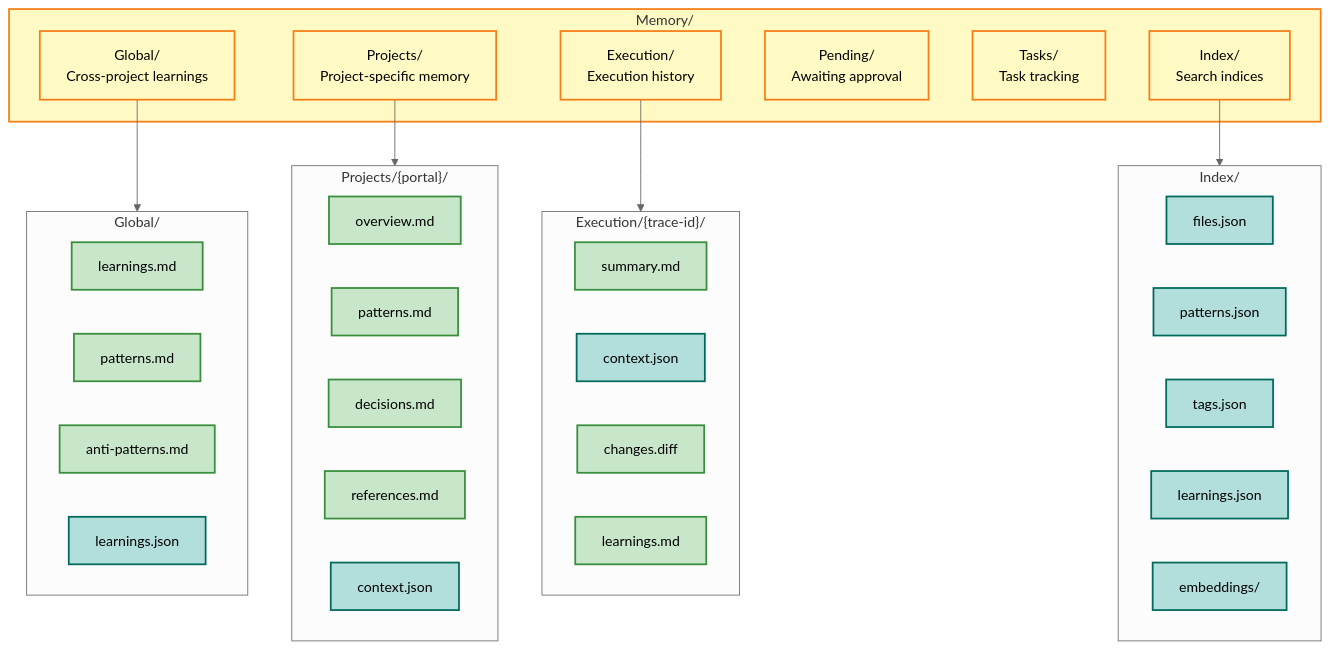
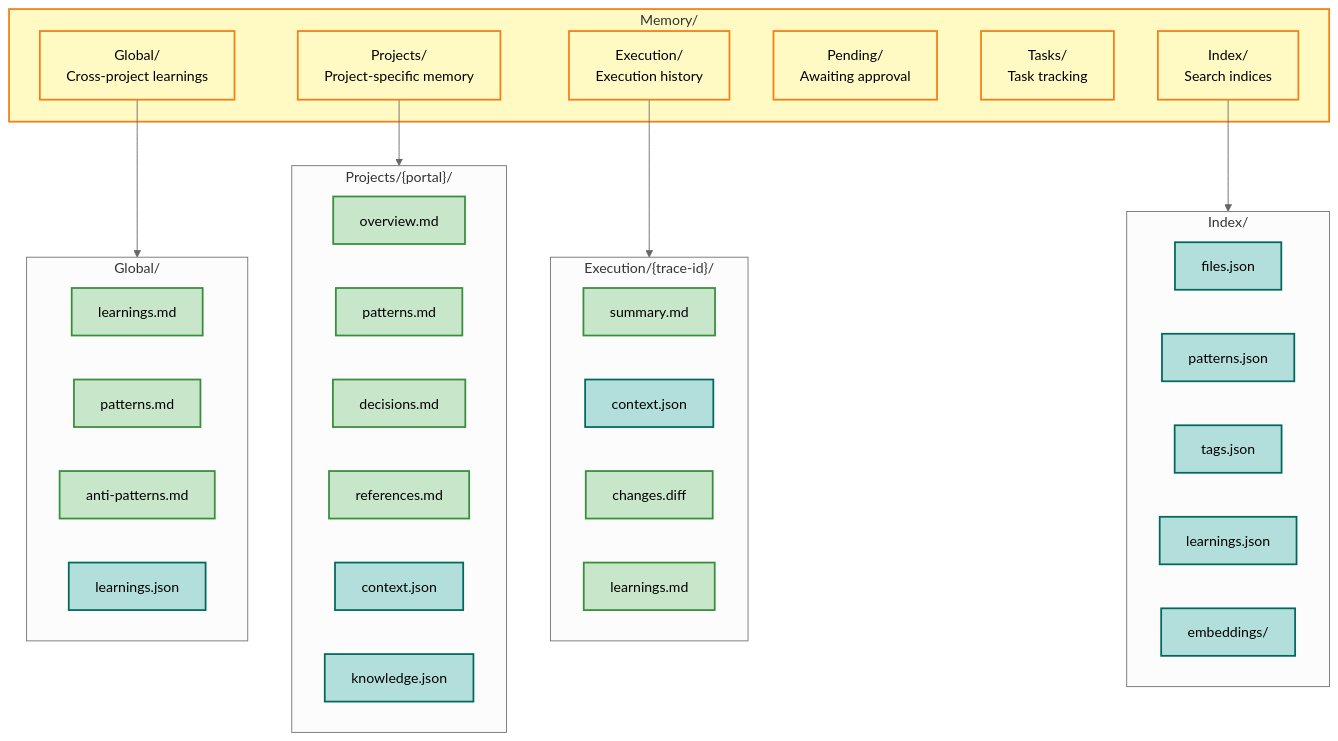
One commit to dostark/exaix-public changed the tenth of 17 diagrams in ARCHITECTURE.md. Above: the diagram before and after it, drawn with Mermaid (neutral theme). The commit also changed other lines of this file and 1 other file, not shown here.

First line of the commit message:
docs(arch): document portal knowledge pipeline in ARCHITECTURE.md (Step 18)

````diff
--- a/ARCHITECTURE.md
+++ b/ARCHITECTURE.md
@@ -999,54 +1003,55 @@
 ```mermaid
 graph TB
     subgraph Memory["Memory/"]
         Global["Global/<br/>Cross-project learnings"]
         Projects["Projects/<br/>Project-specific memory"]
         Execution["Execution/<br/>Execution history"]
         Pending["Pending/<br/>Awaiting approval"]
         Tasks["Tasks/<br/>Task tracking"]
         Index["Index/<br/>Search indices"]
     end
 
     subgraph ProjectMem["Projects/{portal}/"]
         Overview["overview.md"]
         Patterns["patterns.md"]
         Decisions["decisions.md"]
         References["references.md"]
         ContextJson["context.json"]
+        Knowledge["knowledge.json"]
     end
 
     subgraph ExecMem["Execution/{trace-id}/"]
         Summary["summary.md"]
         Context["context.json"]
         Changes["changes.diff"]
         Learnings["learnings.md"]
     end
 
     subgraph GlobalMem["Global/"]
         GLearnings["learnings.md"]
         GPatterns["patterns.md"]
         GAnti["anti-patterns.md"]
         GJson["learnings.json"]
     end
 
     subgraph IndexDir["Index/"]
         Files["files.json"]
         PatIdx["patterns.json"]
         Tags["tags.json"]
         LearnIdx["learnings.json"]
         Embed["embeddings/"]
     end
 
     Projects --> ProjectMem
     Execution --> ExecMem
     Global --> GlobalMem
     Index --> IndexDir
 
     classDef dir fill:#fff9c4,stroke:#f57f17,stroke-width:2px
     classDef file fill:#c8e6c9,stroke:#388e3c,stroke-width:2px
     classDef json fill:#b2dfdb,stroke:#00695c,stroke-width:2px
 
     class Memory,Global,Projects,Execution,Pending,Tasks,Index dir
     class Overview,Patterns,Decisions,References,Summary,Changes,Learnings,GLearnings,GPatterns,GAnti file
-    class ContextJson,Context,GJson,Files,PatIdx,Tags,LearnIdx,Embed json
+    class ContextJson,Context,GJson,Files,PatIdx,Tags,LearnIdx,Embed,Knowledge json
 ```
````
